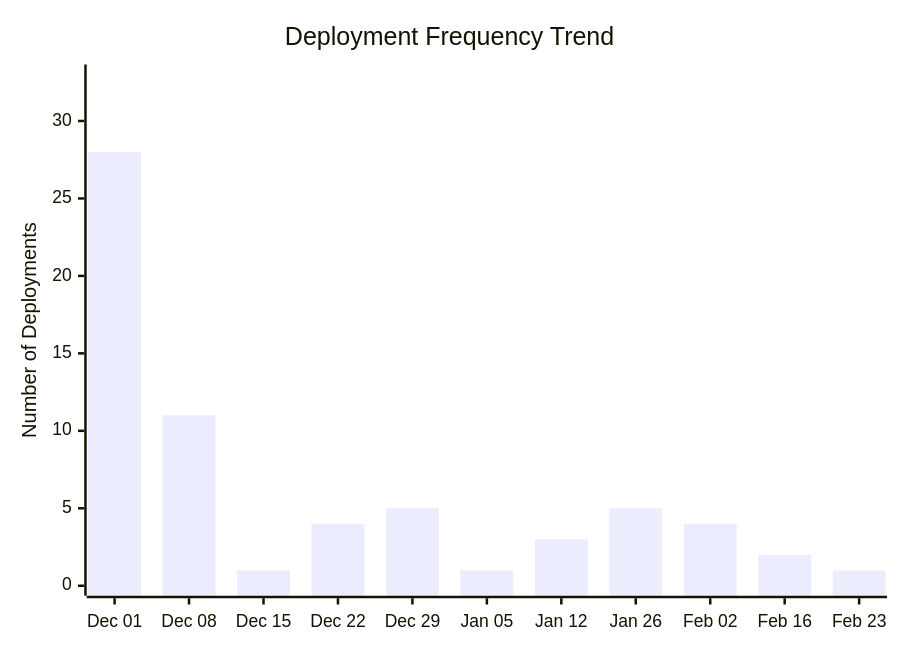
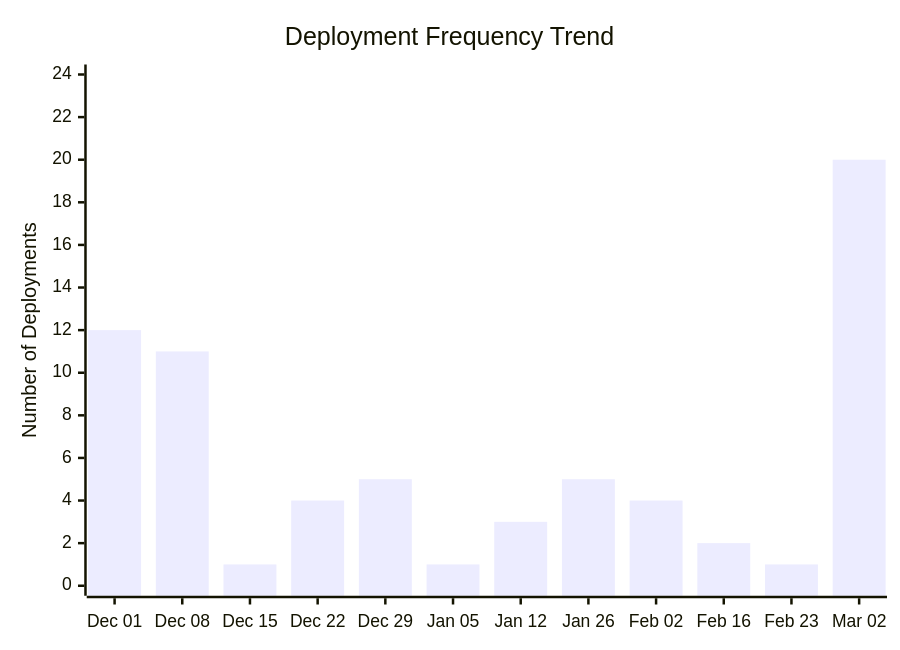
Before and after one commit to ukma-cs-ssdm-2025/rate-ukma: the third of 4 diagrams in docs/ci-cd/dora-summary.md, drawn with Mermaid. The commit also changed other lines of this file, not shown here.

````diff
--- a/docs/ci-cd/dora-summary.md
+++ b/docs/ci-cd/dora-summary.md
@@ -50,7 +55,7 @@
 ```mermaid
 xychart-beta
     title "Deployment Frequency Trend"
-    x-axis ["Dec 01", "Dec 08", "Dec 15", "Dec 22", "Dec 29", "Jan 05", "Jan 12", "Jan 26", "Feb 02", "Feb 16", "Feb 23"]
-    y-axis "Number of Deployments" 0 --> 33
-    bar [28.00, 11.00, 1.00, 4.00, 5.00, 1.00, 3.00, 5.00, 4.00, 2.00, 1.00]
+    x-axis ["Dec 01", "Dec 08", "Dec 15", "Dec 22", "Dec 29", "Jan 05", "Jan 12", "Jan 26", "Feb 02", "Feb 16", "Feb 23", "Mar 02"]
+    y-axis "Number of Deployments" 0 --> 24
+    bar [12.00, 11.00, 1.00, 4.00, 5.00, 1.00, 3.00, 5.00, 4.00, 2.00, 1.00, 20.00]
 ```
````
